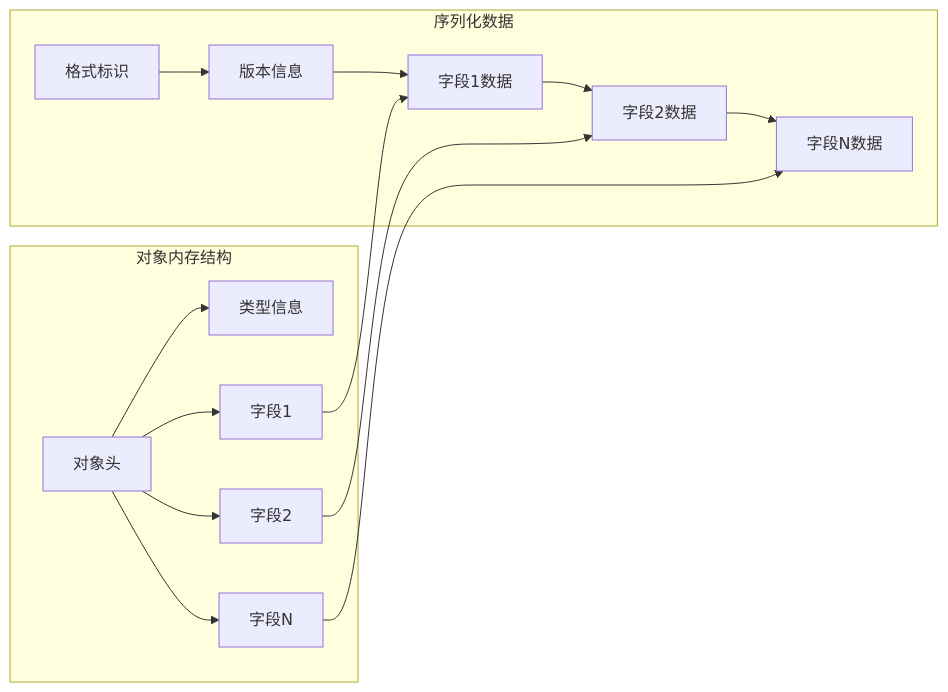
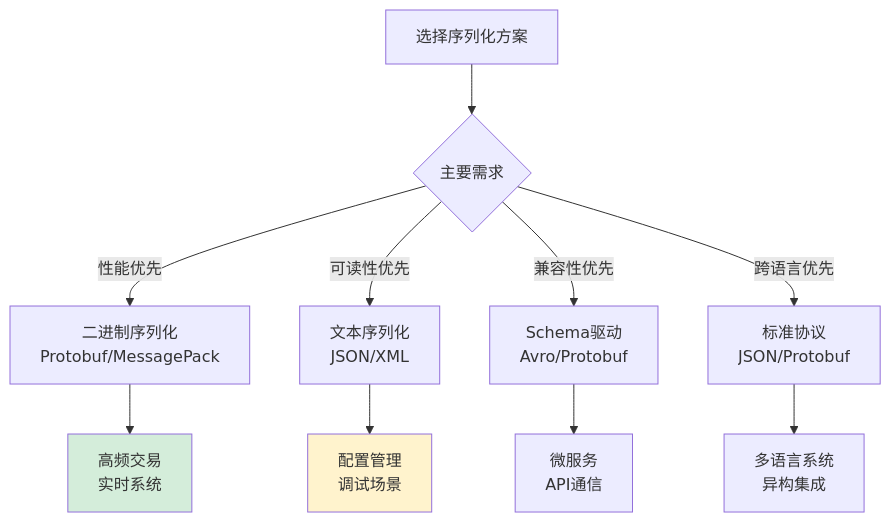
One commit to chongyang211/YCBookBlog changed the tenth of 24 diagrams in 00.通用技术的提升/02.程序编程原理/05.序列化数据的思想.md. Above: the diagram before and after it, drawn with Mermaid. The commit also changed other lines of this file and 28 other files, not shown here.

````diff
--- a/00.通用技术的提升/02.程序编程原理/05.序列化数据的思想.md
+++ b/00.通用技术的提升/02.程序编程原理/05.序列化数据的思想.md
@@ -255,20 +416,16 @@
 ```mermaid
-graph LR
-    subgraph "对象内存结构"
-        A[对象头] --> B[类型信息]
-        A --> C[字段1]
-        A --> D[字段2]
-        A --> E[字段N]
-    end
+flowchart TD
+    A[选择序列化方案] --> B{主要需求}
+    B -->|性能优先| C[二进制序列化<br/>Protobuf/MessagePack]
+    B -->|可读性优先| D[文本序列化<br/>JSON/XML]
+    B -->|兼容性优先| E[Schema驱动<br/>Avro/Protobuf]
+    B -->|跨语言优先| F[标准协议<br/>JSON/Protobuf]
     
-    subgraph "序列化数据"
-        F[格式标识] --> G[版本信息]
-        G --> H[字段1数据]
-        H --> I[字段2数据]
-        I --> J[字段N数据]
-    end
+    C --> G[高频交易<br/>实时系统]
+    D --> H[配置管理<br/>调试场景]
+    E --> I[微服务<br/>API通信]
+    F --> J[多语言系统<br/>异构集成]
     
-    C --> H
-    D --> I
-    E --> J
+    style G fill:#d4edda
+    style H fill:#fff3cd
 ```
````
